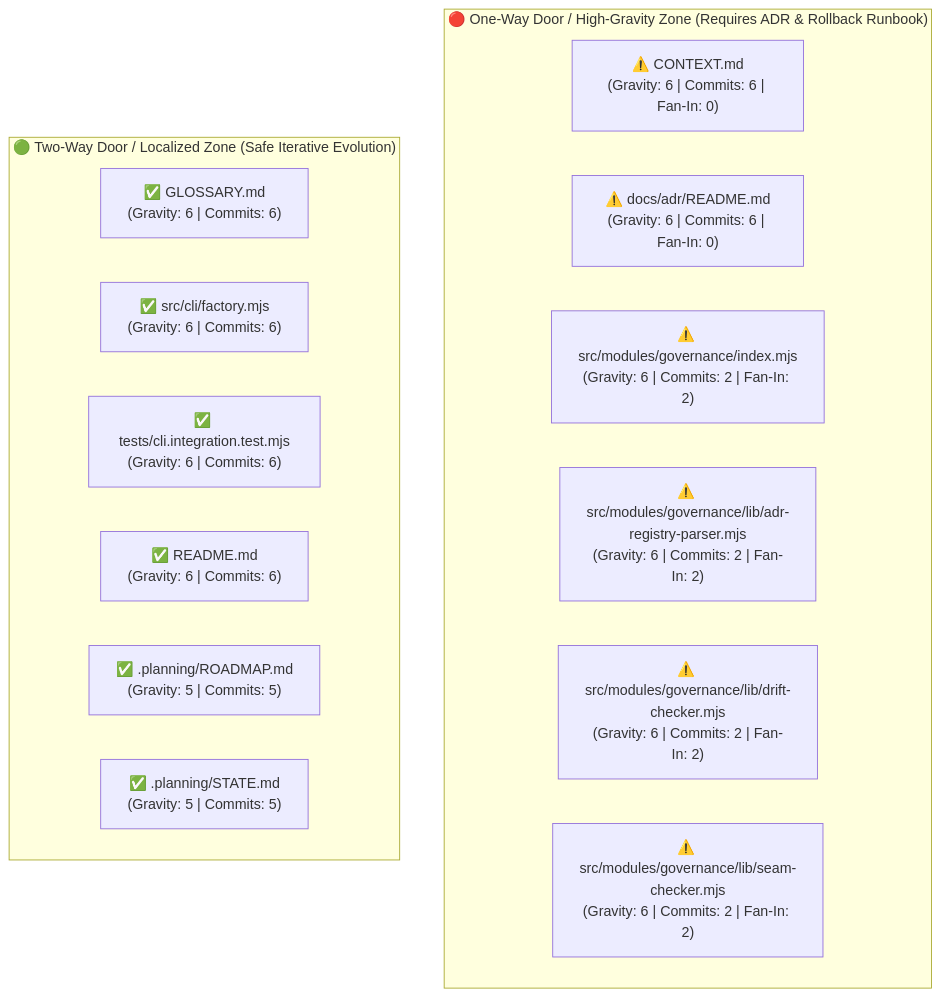
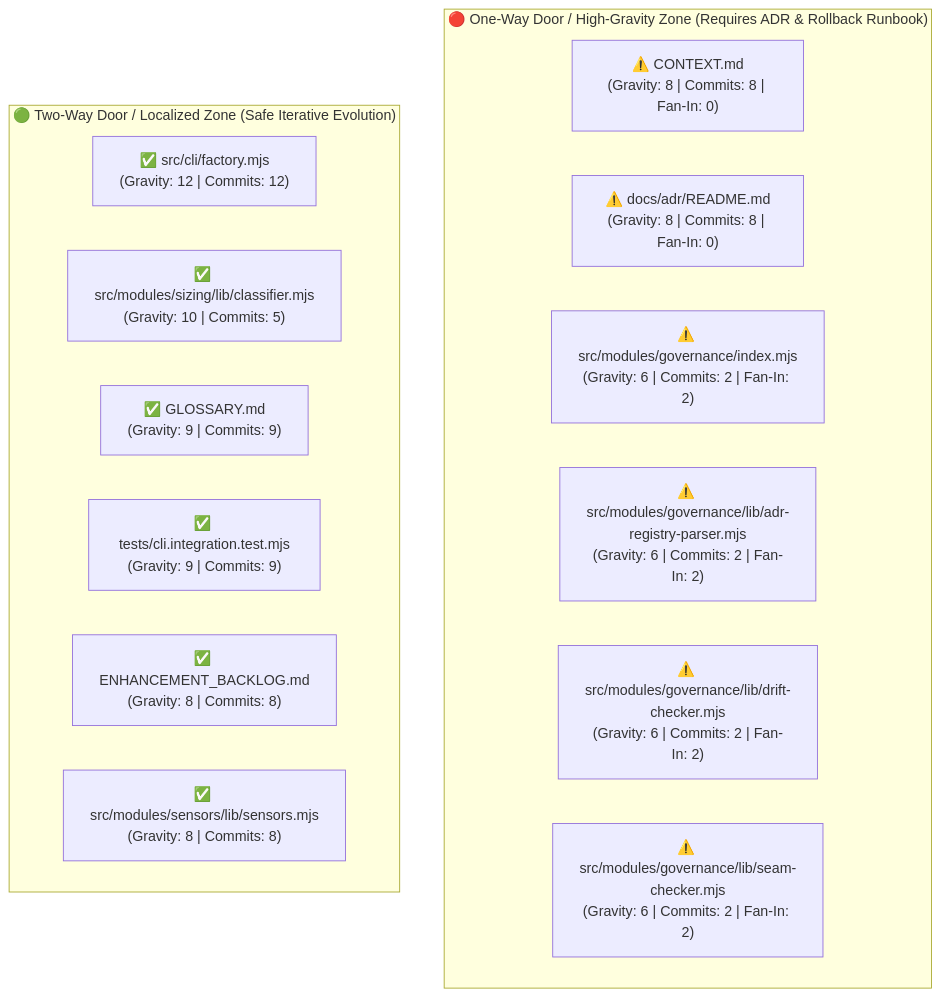
Before and after one commit to bpoti001/software-factory: the fourth of 5 diagrams in docs/architecture/VISUAL_ARCHITECTURE.md, drawn with Mermaid. The commit also changed other lines of this file and 29 other files, not shown here.

````diff
--- a/docs/architecture/VISUAL_ARCHITECTURE.md
+++ b/docs/architecture/VISUAL_ARCHITECTURE.md
@@ -143,19 +148,19 @@
 ```mermaid
 flowchart TB
     subgraph OneWayZone["🔴 One-Way Door / High-Gravity Zone (Requires ADR & Rollback Runbook)"]
-        OW_0["⚠️ CONTEXT.md<br/>(Gravity: 6 | Commits: 6 | Fan-In: 0)"]
-        OW_1["⚠️ docs/adr/README.md<br/>(Gravity: 6 | Commits: 6 | Fan-In: 0)"]
+        OW_0["⚠️ CONTEXT.md<br/>(Gravity: 8 | Commits: 8 | Fan-In: 0)"]
+        OW_1["⚠️ docs/adr/README.md<br/>(Gravity: 8 | Commits: 8 | Fan-In: 0)"]
         OW_2["⚠️ src/modules/governance/index.mjs<br/>(Gravity: 6 | Commits: 2 | Fan-In: 2)"]
         OW_3["⚠️ src/modules/governance/lib/adr-registry-parser.mjs<br/>(Gravity: 6 | Commits: 2 | Fan-In: 2)"]
         OW_4["⚠️ src/modules/governance/lib/drift-checker.mjs<br/>(Gravity: 6 | Commits: 2 | Fan-In: 2)"]
         OW_5["⚠️ src/modules/governance/lib/seam-checker.mjs<br/>(Gravity: 6 | Commits: 2 | Fan-In: 2)"]
     end
     subgraph TwoWayZone["🟢 Two-Way Door / Localized Zone (Safe Iterative Evolution)"]
-        TW_0["✅ GLOSSARY.md<br/>(Gravity: 6 | Commits: 6)"]
-        TW_1["✅ src/cli/factory.mjs<br/>(Gravity: 6 | Commits: 6)"]
-        TW_2["✅ tests/cli.integration.test.mjs<br/>(Gravity: 6 | Commits: 6)"]
-        TW_3["✅ README.md<br/>(Gravity: 6 | Commits: 6)"]
-        TW_4["✅ .planning/ROADMAP.md<br/>(Gravity: 5 | Commits: 5)"]
-        TW_5["✅ .planning/STATE.md<br/>(Gravity: 5 | Commits: 5)"]
+        TW_0["✅ src/cli/factory.mjs<br/>(Gravity: 12 | Commits: 12)"]
+        TW_1["✅ src/modules/sizing/lib/classifier.mjs<br/>(Gravity: 10 | Commits: 5)"]
+        TW_2["✅ GLOSSARY.md<br/>(Gravity: 9 | Commits: 9)"]
+        TW_3["✅ tests/cli.integration.test.mjs<br/>(Gravity: 9 | Commits: 9)"]
+        TW_4["✅ ENHANCEMENT_BACKLOG.md<br/>(Gravity: 8 | Commits: 8)"]
+        TW_5["✅ src/modules/sensors/lib/sensors.mjs<br/>(Gravity: 8 | Commits: 8)"]
     end
 ```
````
